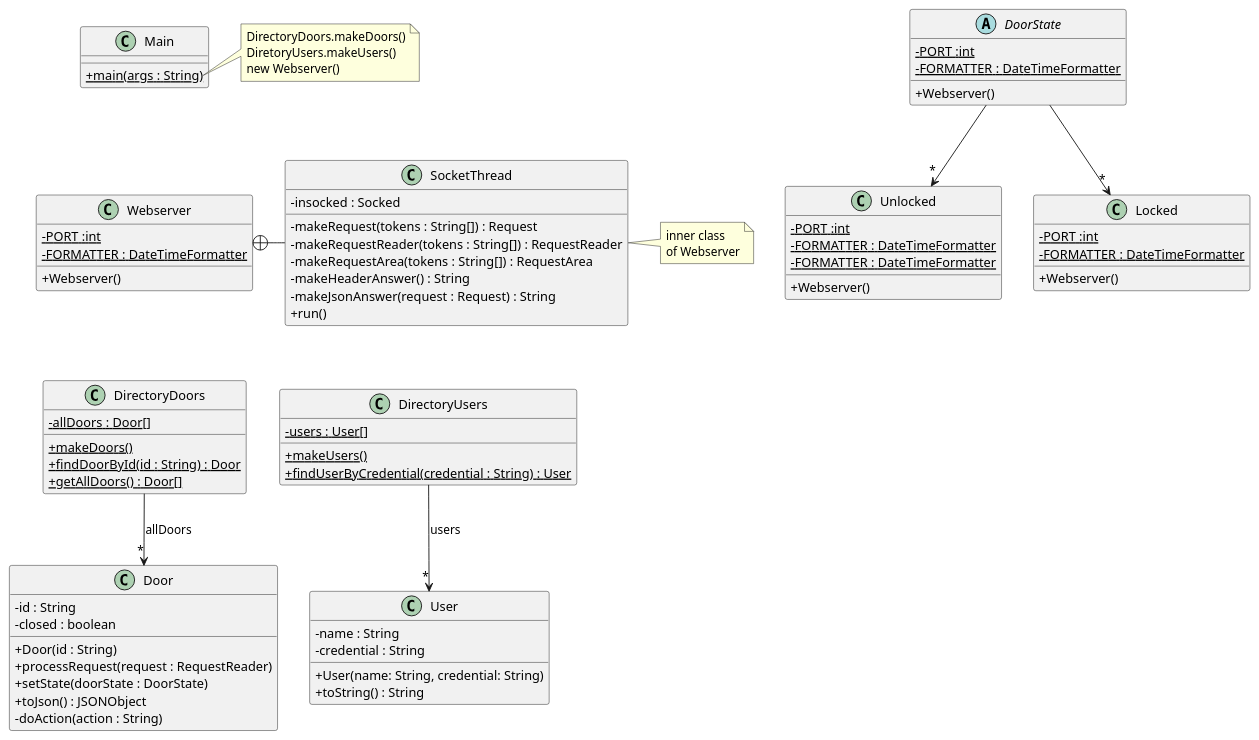
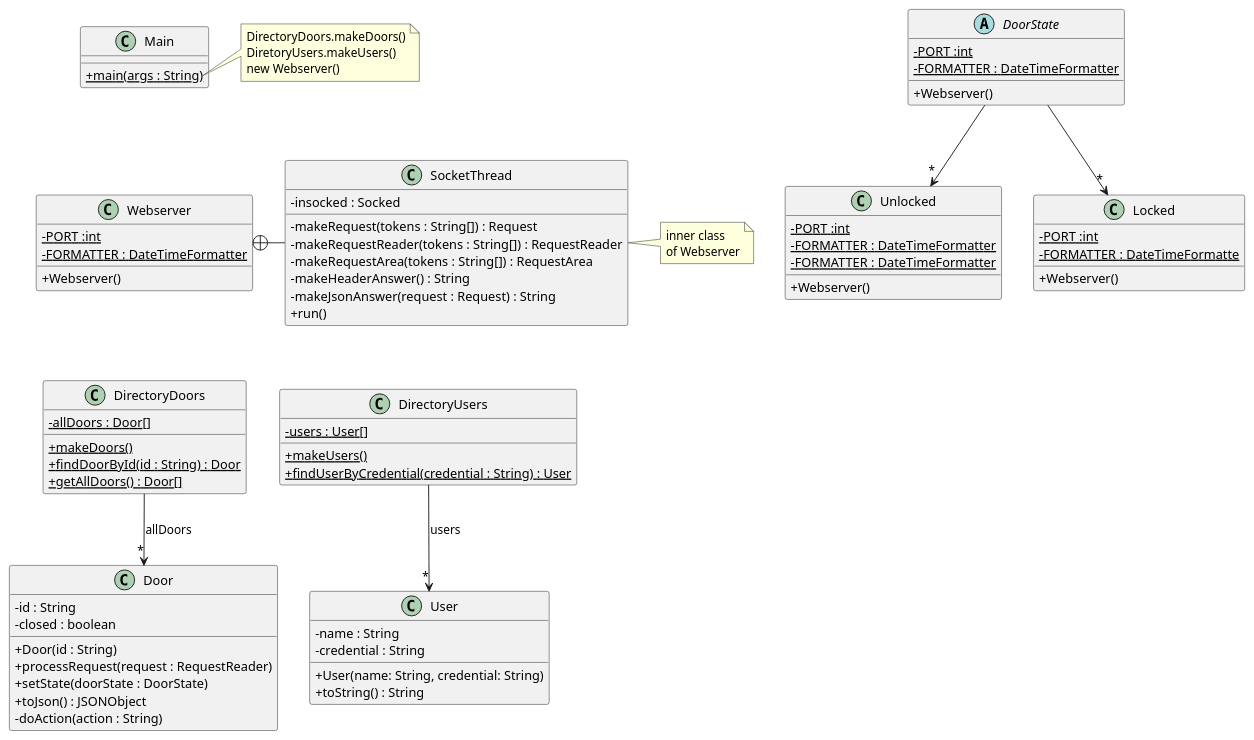
The diagram in src/baseNoStates/uml/base_no_states.puml (marcmejias/acs_students424), drawn with PlantUML before and after one commit.

```diff
--- a/src/baseNoStates/uml/base_no_states.puml
+++ b/src/baseNoStates/uml/base_no_states.puml
@@ -1,102 +1,102 @@
 @startuml
 'https://plantuml.com/class-diagram
 skinparam classAttributeIconSize 0
 
 class Webserver {
 - {static} PORT :int
 - {static} FORMATTER : DateTimeFormatter
 + Webserver()
 }
 
 class SocketThread {
 - insocked : Socked
 - makeRequest(tokens : String[]) : Request
 - makeRequestReader(tokens : String[]) : RequestReader
 - makeRequestArea(tokens : String[]) : RequestArea
 - makeHeaderAnswer() : String
 - makeJsonAnswer(request : Request) : String
 + run()
 }
 
 Webserver +-right- SocketThread
 
 note right of SocketThread
 inner class
 of Webserver
 end note
 
 class DirectoryDoors {
 - {static} allDoors : Door[]
 + {static} makeDoors()
 + {static} findDoorById(id : String) : Door
 + {static} getAllDoors() : Door[]
 }
 
 DirectoryDoors --> "*" Door : "allDoors"
 
 class DirectoryUsers {
 - {static} users : User[]
 + {static} makeUsers()
 + {static} findUserByCredential(credential : String) : User
 }
 
 DirectoryUsers --> "*" User : "users"
 
 class Door {
 - id : String
 - closed : boolean
 + Door(id : String)
 + processRequest(request : RequestReader)
 + setState(doorState : DoorState)
 + toJson() : JSONObject
 '+ toString() : String
 '+ isClosed() :boolean
 '+ setClosed(b : boolean)
 '+ getStateName() : String
 - doAction(action : String)
 }
 
 abstract DoorState  {
 - {static} PORT :int
 - {static} FORMATTER : DateTimeFormatter
 + Webserver()
 }
 
 DoorState --> "*" Unlocked
 DoorState --> "*" Locked
 
 class Unlocked {
 - {static} PORT :int
 - {static} FORMATTER : DateTimeFormatter
 - {static} FORMATTER : DateTimeFormatter
 + Webserver()
 }
 
 class Locked {
 - {static} PORT :int
-- {static} FORMATTER : DateTimeFormatter
+- {static} FORMATTER : DateTimeFormatte
 + Webserver()
 }
 
 class User {
 - name : String
 - credential : String
 + User(name: String, credential: String)
 + toString() : String
 }
 
 
 class Main {
 + {static} main(args : String)
 }
 
 note right of Main::main
 DirectoryDoors.makeDoors()
 DiretoryUsers.makeUsers()
 new Webserver()
 end note
 
 Main -[hidden]down- Webserver
 Webserver -[hidden]down- DirectoryDoors
 DirectoryDoors -[hidden]right- DirectoryUsers
 @enduml
```
